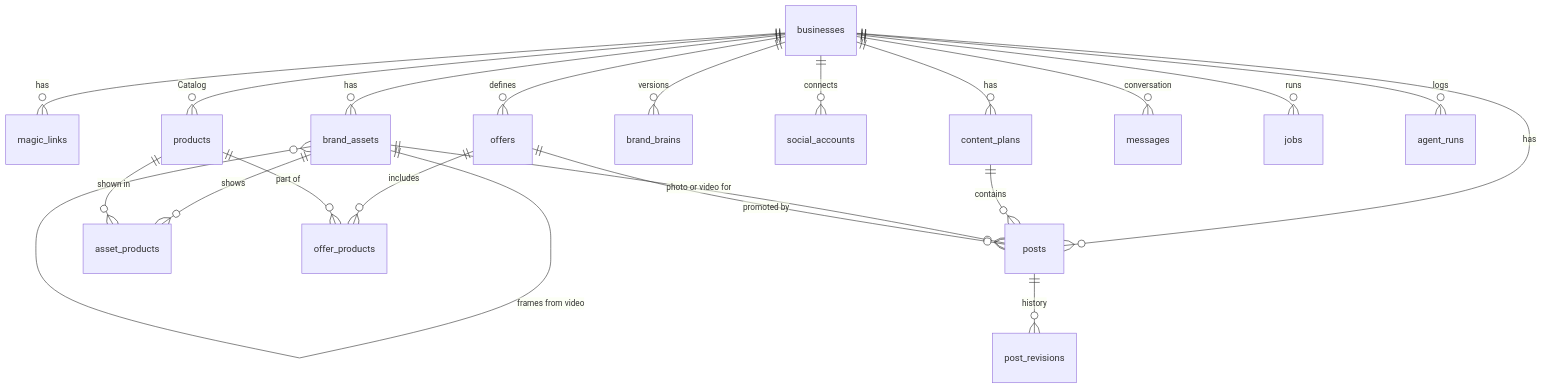
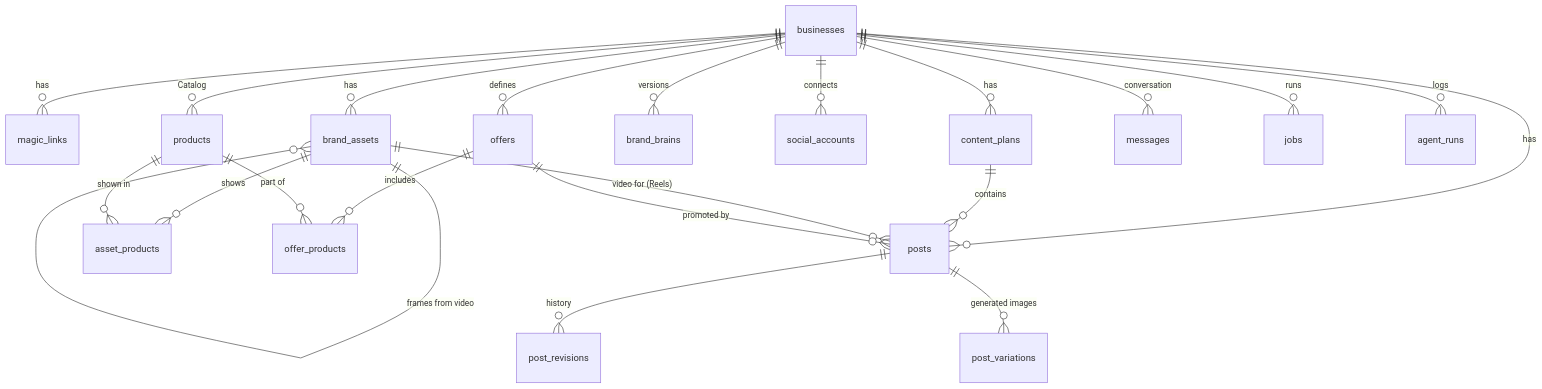
One commit to Dimple6114/build101 changed the diagram in docs/architecture/data-model.md. Above: the diagram before and after it, drawn with Mermaid. The commit also changed other lines of this file and 66 other files, not shown here.

First line of the commit message:
docs: host on Railway, generate post images with Gemini, WhatsApp via Kapso (#13)

````diff
--- a/docs/architecture/data-model.md
+++ b/docs/architecture/data-model.md
@@ -9,23 +9,24 @@
 ```mermaid
 erDiagram
     businesses ||--o{ magic_links : has
     businesses ||--o{ products : "Catalog"
     businesses ||--o{ brand_assets : has
     businesses ||--o{ offers : defines
     businesses ||--o{ brand_brains : "versions"
     businesses ||--o{ social_accounts : connects
     businesses ||--o{ content_plans : has
     businesses ||--o{ posts : has
     businesses ||--o{ messages : "conversation"
     businesses ||--o{ jobs : runs
     businesses ||--o{ agent_runs : logs
     content_plans ||--o{ posts : contains
     posts ||--o{ post_revisions : history
-    brand_assets ||--o{ posts : "photo or video for"
+    posts ||--o{ post_variations : "generated images"
+    brand_assets ||--o{ posts : "video for (Reels)"
     brand_assets ||--o{ brand_assets : "frames from video"
     brand_assets ||--o{ asset_products : shows
     products ||--o{ asset_products : "shown in"
     offers ||--o{ offer_products : includes
     products ||--o{ offer_products : "part of"
     offers ||--o{ posts : "promoted by"
 ```
````
